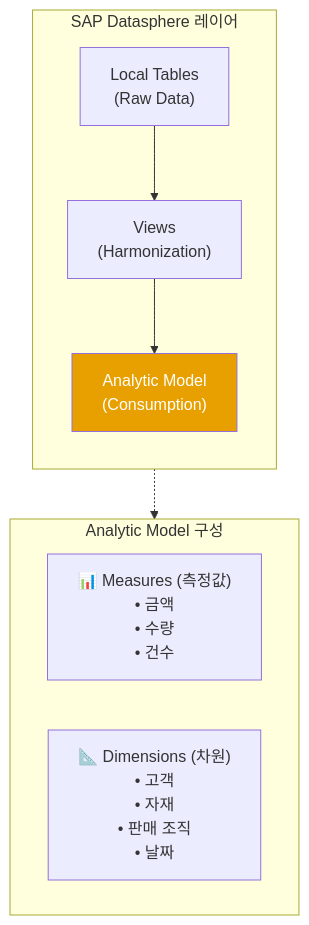
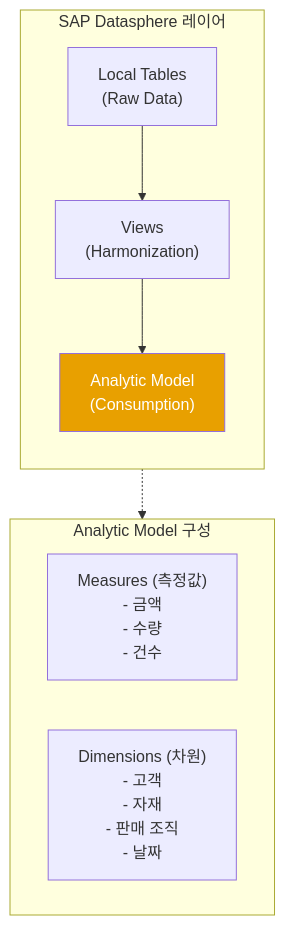
Before and after one commit to youngseols925/sap-datasphere-bdc-workshop: the first of 7 diagrams in labs/lab3-standard-analytic-model.md, drawn with Mermaid. The commit also changed other lines of this file and 5 other files, not shown here.

````diff
--- a/labs/lab3-standard-analytic-model.md
+++ b/labs/lab3-standard-analytic-model.md
@@ -14,19 +14,19 @@
 ```mermaid
 graph TB
     subgraph LAYERS["SAP Datasphere 레이어"]
         direction TB
         L1["Local Tables\n(Raw Data)"]
         L2["Views\n(Harmonization)"]
         L3["Analytic Model\n(Consumption)"]
         L1 --> L2 --> L3
     end
 
     subgraph AM["Analytic Model 구성"]
-        MEASURE["📊 Measures (측정값)\n• 금액\n• 수량\n• 건수"]
-        DIM["📐 Dimensions (차원)\n• 고객\n• 자재\n• 판매 조직\n• 날짜"]
+        MEASURE["Measures (측정값)\n- 금액\n- 수량\n- 건수"]
+        DIM["Dimensions (차원)\n- 고객\n- 자재\n- 판매 조직\n- 날짜"]
     end
 
     L3 -.-> AM
 
     style L3 fill:#E8A000,color:#fff
 ```
````
